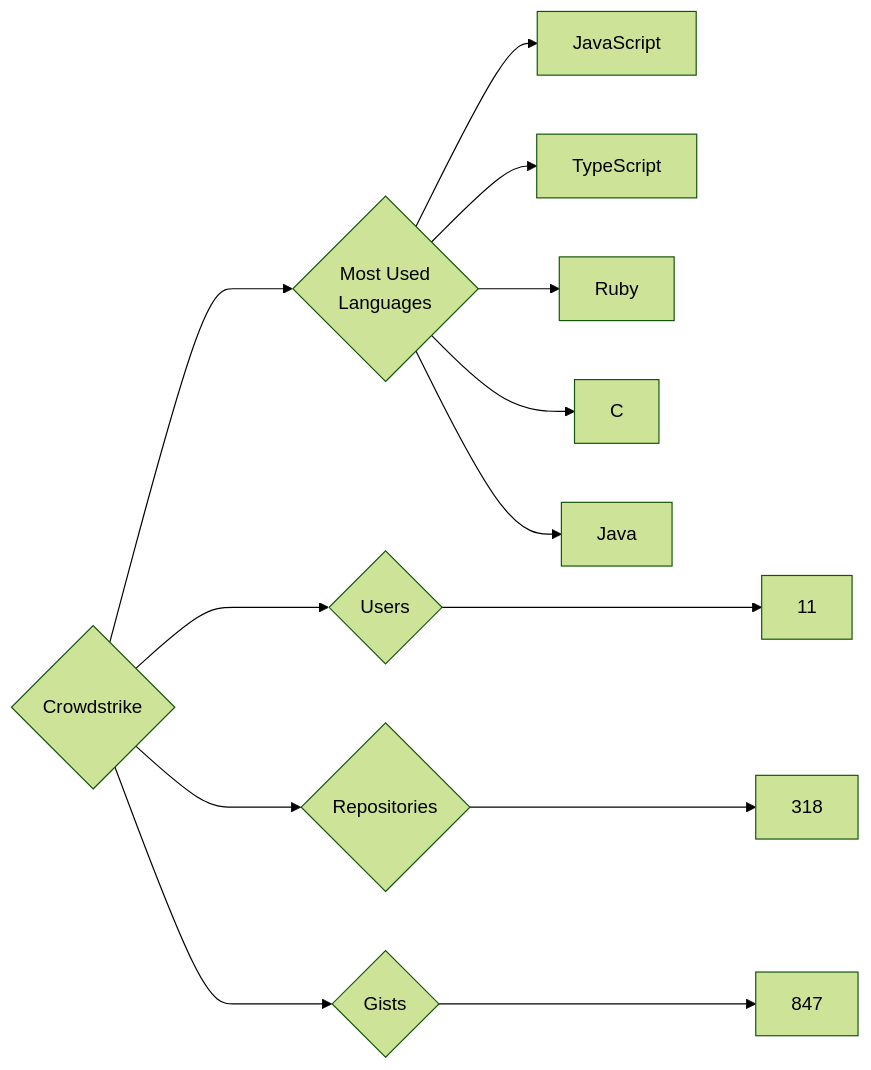
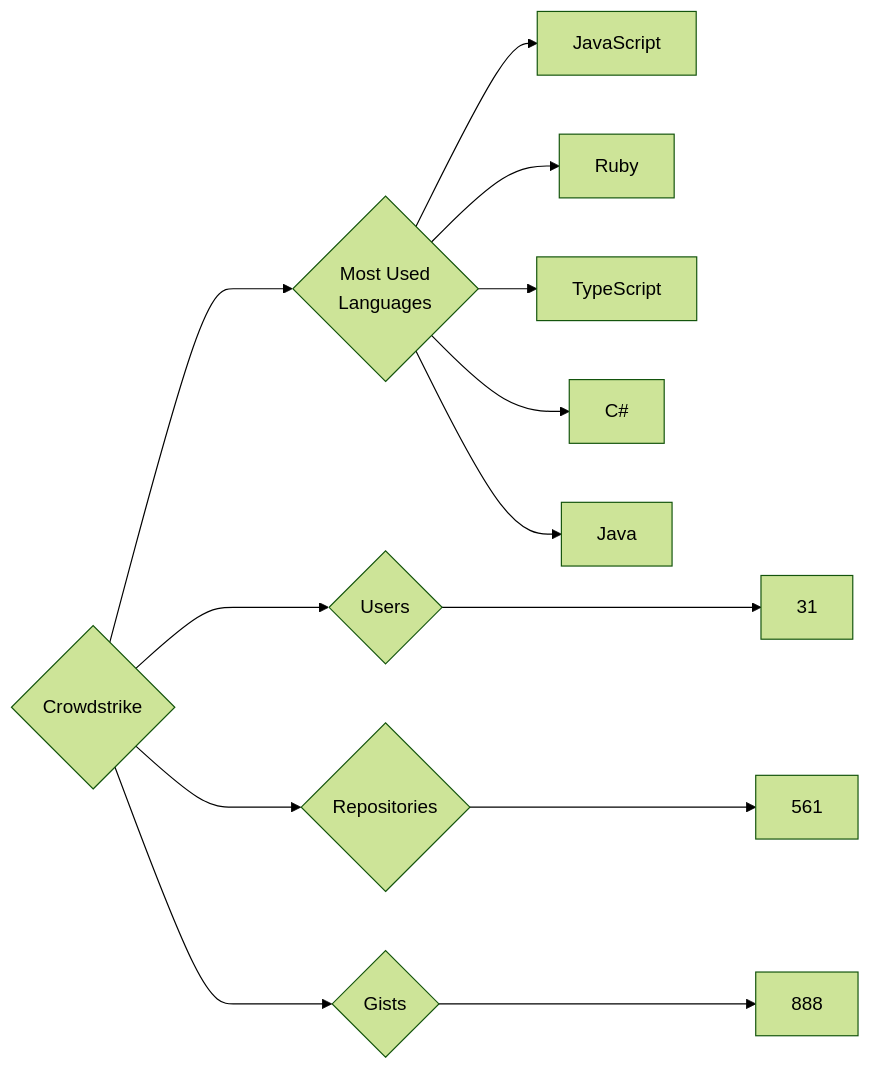
The diagram in targets/Crowdstrike/README.md (trickest/insiders), drawn with Mermaid (forest theme) before and after one commit. The commit also changed 569 other files, not shown here.

````diff
--- a/targets/Crowdstrike/README.md
+++ b/targets/Crowdstrike/README.md
@@ -3,13 +3,13 @@
 ```mermaid
 graph LR
 COMPANY_NAME{Crowdstrike}
-COMPANY_NAME ---> U{Users} ---> UN[11]
-COMPANY_NAME ---> R{Repositories} ---> RN[318]
-COMPANY_NAME ---> G{Gists} ---> GN[847]
+COMPANY_NAME ---> U{Users} ---> UN[31]
+COMPANY_NAME ---> R{Repositories} ---> RN[561]
+COMPANY_NAME ---> G{Gists} ---> GN[888]
 COMPANY_NAME ---> ML{Most Used<br>Languages}
 ML --> JavaScript[JavaScript]
+ML --> Ruby[Ruby]
 ML --> TypeScript[TypeScript]
-ML --> Ruby[Ruby]
-ML --> C[C]
+ML --> C#[C#]
 ML --> Java[Java]
 ```
````
